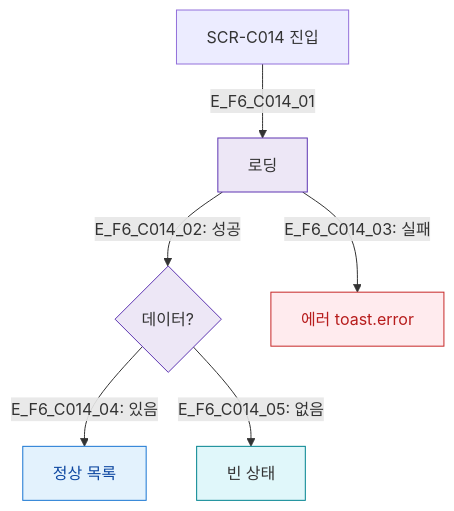
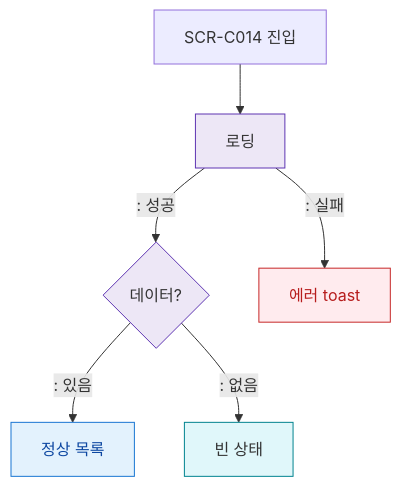
One commit to dev-spogym/admin-pando changed the diagram in docs/다이어그램/D04_수업관리/SCR-C014_출석QR체크인/F6_상태별.md. Above: the diagram before and after it, drawn with Mermaid. The commit also changed other lines of this file and 1660 other files, not shown here.

First line of the commit message:
다이어그램: 기획자/클라이언트 납품본으로 정리

````diff
--- a/docs/다이어그램/D04_수업관리/SCR-C014_출석QR체크인/F6_상태별.md
+++ b/docs/다이어그램/D04_수업관리/SCR-C014_출석QR체크인/F6_상태별.md
@@ -20,18 +18,18 @@
 ```mermaid
 flowchart TD
-  Enter[SCR-C014 진입] -->|E_F6_C014_01| Loading[로딩]
-  Loading -->|"E_F6_C014_02: 성공"| DataCheck{데이터?}
-  Loading -->|"E_F6_C014_03: 실패"| ErrState[에러 toast.error]
-  DataCheck -->|"E_F6_C014_04: 있음"| NormalView[정상 목록]
-  DataCheck -->|"E_F6_C014_05: 없음"| EmptyView[빈 상태]
+  Enter[SCR-C014 진입] --> Loading[로딩]
+  Loading -->|": 성공"|DataCheck{데이터?}
+  Loading -->|": 실패"|ErrState[에러 toast]
+  DataCheck -->|": 있음"|NormalView[정상 목록]
+  DataCheck -->|": 없음"|EmptyView[빈 상태]
   classDef screen fill:#E3F2FD,stroke:#1976D2,color:#0D47A1
   classDef system fill:#EDE7F6,stroke:#5E35B2
   classDef error fill:#FFEBEE,stroke:#C62828,color:#B71C1C
   classDef info fill:#E0F7FA,stroke:#00838F
   classDef newFeature fill:#F3E5F5,stroke:#7B1FA2,color:#4A148C,stroke-dasharray:6 3
   class SCR_NODE newFeature
   class NormalView screen
   class Loading,DataCheck system
   class ErrState error
   class EmptyView info
 ```
````
